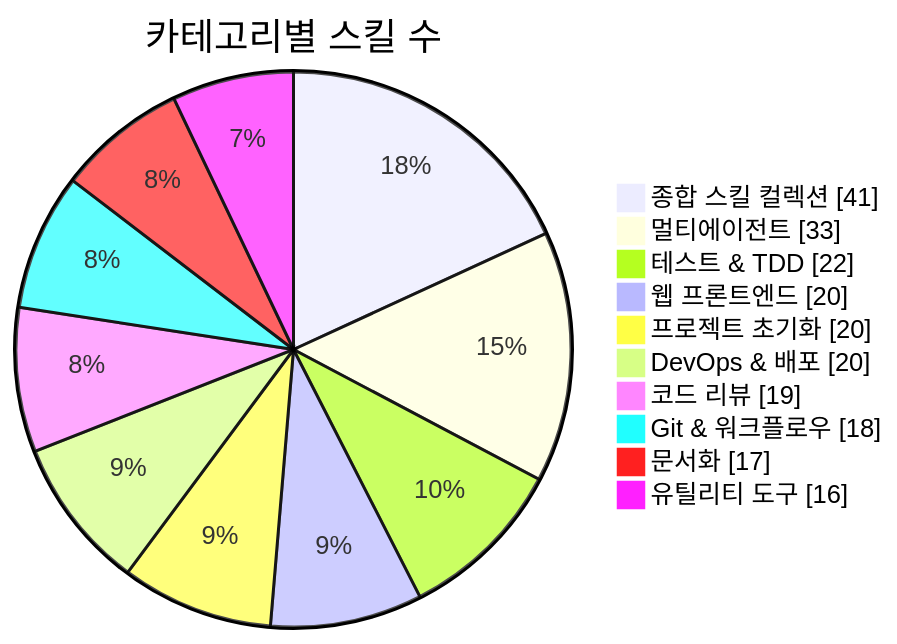
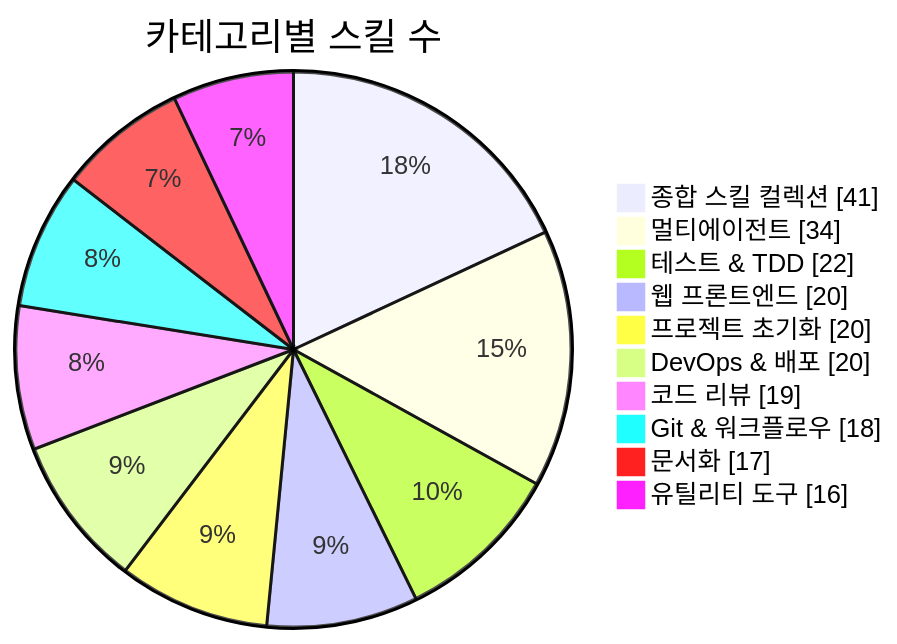
Before and after one commit to J-nowcow/awesome-korean-agent-skills: the first of 3 diagrams in README.md, drawn with Mermaid. The commit also changed other lines of this file and 4 other files, not shown here.

````diff
--- a/README.md
+++ b/README.md
@@ -176,14 +176,14 @@
 ```mermaid
 pie showData
     title 카테고리별 스킬 수
     "종합 스킬 컬렉션" : 41
-    "멀티에이전트" : 33
+    "멀티에이전트" : 34
     "테스트 & TDD" : 22
     "웹 프론트엔드" : 20
     "프로젝트 초기화" : 20
     "DevOps & 배포" : 20
     "코드 리뷰" : 19
     "Git & 워크플로우" : 18
     "문서화" : 17
     "유틸리티 도구" : 16
 ```
````
